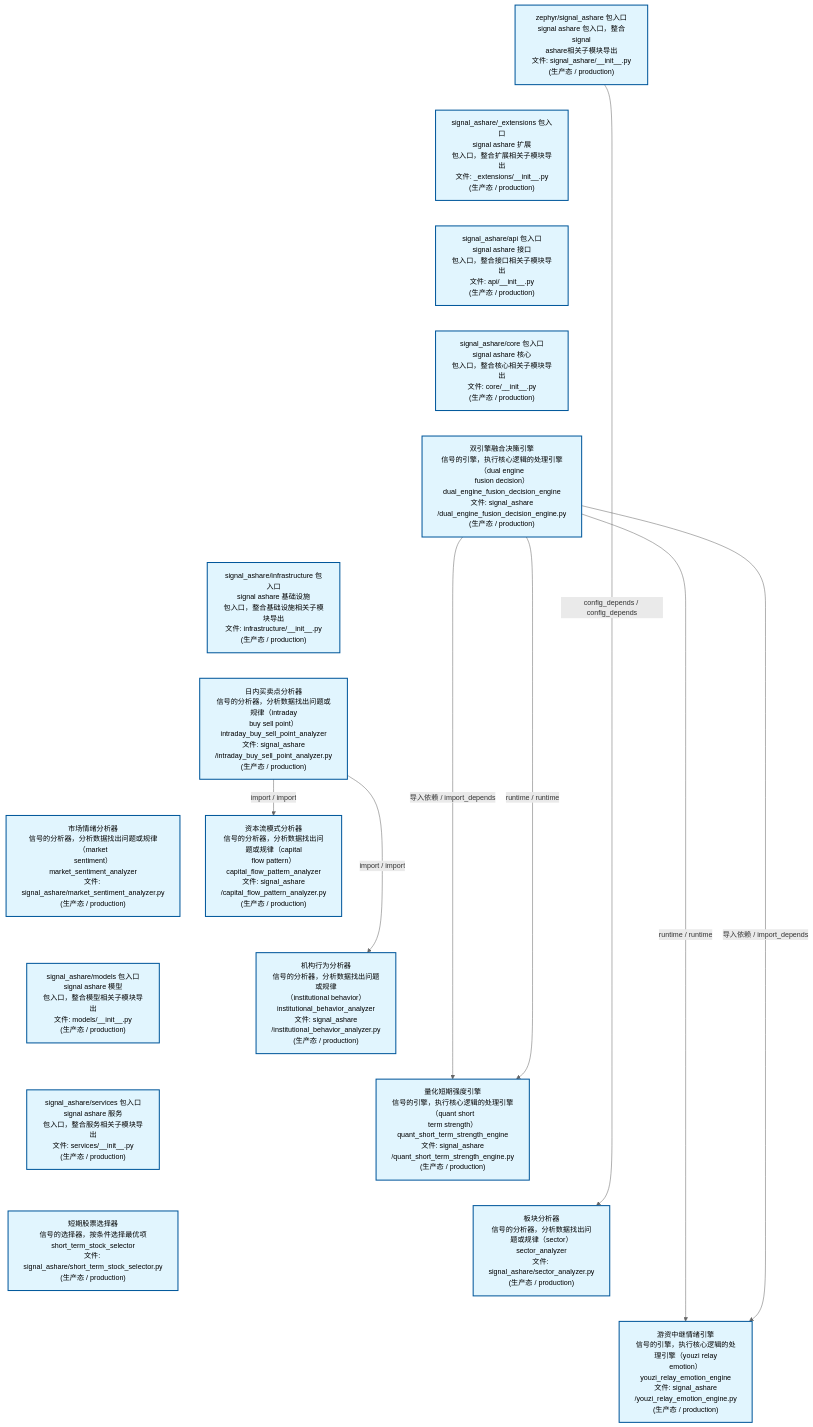
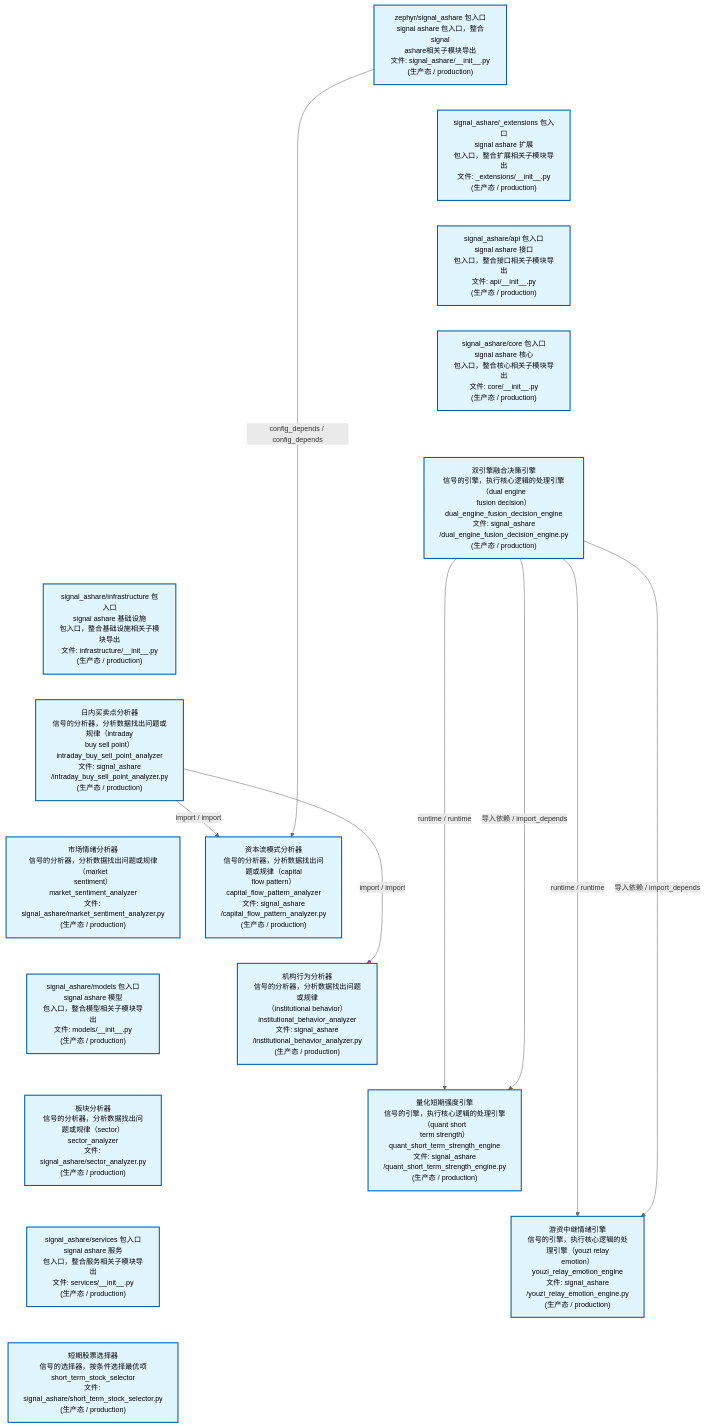
One commit to xuanFelixVan/ZephyrAlpha changed the second of 4 diagrams in docs/02_enterprise_architecture/02_domain_architecture_docs/32_d_ashare_signal.md. Above: the diagram before and after it, drawn with Mermaid. The commit also changed other lines of this file and 59 other files, not shown here.

````diff
--- a/docs/02_enterprise_architecture/02_domain_architecture_docs/32_d_ashare_signal.md
+++ b/docs/02_enterprise_architecture/02_domain_architecture_docs/32_d_ashare_signal.md
@@ -163,46 +163,46 @@
 ```mermaid
 %%{init: {'theme': 'base', 'themeVariables': {'primaryColor': '#eaeaea', 'primaryTextColor': '#333333', 'primaryBorderColor': '#666666', 'lineColor': '#666666', 'secondaryColor': '#eaeaea', 'tertiaryColor': '#eaeaea', 'fontSize': '14px'}}}%%
 flowchart TD
     src_zephyr_signal_ashare_init_py["zephyr/signal_ashare 包入口<br/>signal ashare 包入口，整合signal<br/>ashare相关子模块导出<br/>文件: signal_ashare/__init__.py<br/>(生产态 / production)"]
     src_zephyr_signal_ashare_extensions_init_py["signal_ashare/_extensions 包入口<br/>signal ashare 扩展<br/>包入口，整合扩展相关子模块导出<br/>文件: _extensions/__init__.py<br/>(生产态 / production)"]
     src_zephyr_signal_ashare_api_init_py["signal_ashare/api 包入口<br/>signal ashare 接口<br/>包入口，整合接口相关子模块导出<br/>文件: api/__init__.py<br/>(生产态 / production)"]
     src_zephyr_signal_ashare_core_init_py["signal_ashare/core 包入口<br/>signal ashare 核心<br/>包入口，整合核心相关子模块导出<br/>文件: core/__init__.py<br/>(生产态 / production)"]
     src_zephyr_signal_ashare_dual_engine_fusion_decision_engine_py["双引擎融合决策引擎<br/>信号的引擎，执行核心逻辑的处理引擎（dual engine<br/>fusion decision）<br/>dual_engine_fusion_decision_engine<br/>文件: signal_ashare<br/>/dual_engine_fusion_decision_engine.py<br/>(生产态 / production)"]
     src_zephyr_signal_ashare_infrastructure_init_py["signal_ashare/infrastructure 包入口<br/>signal ashare 基础设施<br/>包入口，整合基础设施相关子模块导出<br/>文件: infrastructure/__init__.py<br/>(生产态 / production)"]
     src_zephyr_signal_ashare_intraday_buy_sell_point_analyzer_py["日内买卖点分析器<br/>信号的分析器，分析数据找出问题或规律（intraday<br/>buy sell point）<br/>intraday_buy_sell_point_analyzer<br/>文件: signal_ashare<br/>/intraday_buy_sell_point_analyzer.py<br/>(生产态 / production)"]
     src_zephyr_signal_ashare_market_sentiment_analyzer_py["市场情绪分析器<br/>信号的分析器，分析数据找出问题或规律（market<br/>sentiment）<br/>market_sentiment_analyzer<br/>文件: signal_ashare/market_sentiment_analyzer.py<br/>(生产态 / production)"]
     src_zephyr_signal_ashare_models_init_py["signal_ashare/models 包入口<br/>signal ashare 模型<br/>包入口，整合模型相关子模块导出<br/>文件: models/__init__.py<br/>(生产态 / production)"]
+    src_zephyr_signal_ashare_sector_analyzer_py["板块分析器<br/>信号的分析器，分析数据找出问题或规律（sector）<br/>sector_analyzer<br/>文件: signal_ashare/sector_analyzer.py<br/>(生产态 / production)"]
     src_zephyr_signal_ashare_services_init_py["signal_ashare/services 包入口<br/>signal ashare 服务<br/>包入口，整合服务相关子模块导出<br/>文件: services/__init__.py<br/>(生产态 / production)"]
     src_zephyr_signal_ashare_short_term_stock_selector_py["短期股票选择器<br/>信号的选择器，按条件选择最优项<br/>short_term_stock_selector<br/>文件: signal_ashare/short_term_stock_selector.py<br/>(生产态 / production)"]
     src_zephyr_signal_ashare_init_py ~~~ src_zephyr_signal_ashare_extensions_init_py
     src_zephyr_signal_ashare_extensions_init_py ~~~ src_zephyr_signal_ashare_api_init_py
     src_zephyr_signal_ashare_api_init_py ~~~ src_zephyr_signal_ashare_core_init_py
     src_zephyr_signal_ashare_core_init_py ~~~ src_zephyr_signal_ashare_dual_engine_fusion_decision_engine_py
     src_zephyr_signal_ashare_dual_engine_fusion_decision_engine_py ~~~ src_zephyr_signal_ashare_infrastructure_init_py
     src_zephyr_signal_ashare_infrastructure_init_py ~~~ src_zephyr_signal_ashare_intraday_buy_sell_point_analyzer_py
     src_zephyr_signal_ashare_intraday_buy_sell_point_analyzer_py ~~~ src_zephyr_signal_ashare_market_sentiment_analyzer_py
     src_zephyr_signal_ashare_market_sentiment_analyzer_py ~~~ src_zephyr_signal_ashare_models_init_py
-    src_zephyr_signal_ashare_models_init_py ~~~ src_zephyr_signal_ashare_services_init_py
+    src_zephyr_signal_ashare_models_init_py ~~~ src_zephyr_signal_ashare_sector_analyzer_py
+    src_zephyr_signal_ashare_sector_analyzer_py ~~~ src_zephyr_signal_ashare_services_init_py
     src_zephyr_signal_ashare_services_init_py ~~~ src_zephyr_signal_ashare_short_term_stock_selector_py
     src_zephyr_signal_ashare_capital_flow_pattern_analyzer_py["资本流模式分析器<br/>信号的分析器，分析数据找出问题或规律（capital<br/>flow pattern）<br/>capital_flow_pattern_analyzer<br/>文件: signal_ashare<br/>/capital_flow_pattern_analyzer.py<br/>(生产态 / production)"]
     src_zephyr_signal_ashare_institutional_behavior_analyzer_py["机构行为分析器<br/>信号的分析器，分析数据找出问题或规律<br/>（institutional behavior）<br/>institutional_behavior_analyzer<br/>文件: signal_ashare<br/>/institutional_behavior_analyzer.py<br/>(生产态 / production)"]
     src_zephyr_signal_ashare_quant_short_term_strength_engine_py["量化短期强度引擎<br/>信号的引擎，执行核心逻辑的处理引擎（quant short<br/>term strength）<br/>quant_short_term_strength_engine<br/>文件: signal_ashare<br/>/quant_short_term_strength_engine.py<br/>(生产态 / production)"]
-    src_zephyr_signal_ashare_sector_analyzer_py["板块分析器<br/>信号的分析器，分析数据找出问题或规律（sector）<br/>sector_analyzer<br/>文件: signal_ashare/sector_analyzer.py<br/>(生产态 / production)"]
     src_zephyr_signal_ashare_youzi_relay_emotion_engine_py["游资中继情绪引擎<br/>信号的引擎，执行核心逻辑的处理引擎（youzi relay<br/>emotion）<br/>youzi_relay_emotion_engine<br/>文件: signal_ashare<br/>/youzi_relay_emotion_engine.py<br/>(生产态 / production)"]
     src_zephyr_signal_ashare_capital_flow_pattern_analyzer_py ~~~ src_zephyr_signal_ashare_institutional_behavior_analyzer_py
     src_zephyr_signal_ashare_institutional_behavior_analyzer_py ~~~ src_zephyr_signal_ashare_quant_short_term_strength_engine_py
-    src_zephyr_signal_ashare_quant_short_term_strength_engine_py ~~~ src_zephyr_signal_ashare_sector_analyzer_py
-    src_zephyr_signal_ashare_sector_analyzer_py ~~~ src_zephyr_signal_ashare_youzi_relay_emotion_engine_py
-    src_zephyr_signal_ashare_intraday_buy_sell_point_analyzer_py -->|import / import| src_zephyr_signal_ashare_institutional_behavior_analyzer_py
-    src_zephyr_signal_ashare_intraday_buy_sell_point_analyzer_py -->|import / import| src_zephyr_signal_ashare_capital_flow_pattern_analyzer_py
+    src_zephyr_signal_ashare_quant_short_term_strength_engine_py ~~~ src_zephyr_signal_ashare_youzi_relay_emotion_engine_py
+    src_zephyr_signal_ashare_dual_engine_fusion_decision_engine_py -->|runtime / runtime| src_zephyr_signal_ashare_quant_short_term_strength_engine_py
     src_zephyr_signal_ashare_dual_engine_fusion_decision_engine_py -->|导入依赖 / import_depends| src_zephyr_signal_ashare_quant_short_term_strength_engine_py
-    src_zephyr_signal_ashare_dual_engine_fusion_decision_engine_py -->|runtime / runtime| src_zephyr_signal_ashare_quant_short_term_strength_engine_py
     src_zephyr_signal_ashare_dual_engine_fusion_decision_engine_py -->|runtime / runtime| src_zephyr_signal_ashare_youzi_relay_emotion_engine_py
     src_zephyr_signal_ashare_dual_engine_fusion_decision_engine_py -->|导入依赖 / import_depends| src_zephyr_signal_ashare_youzi_relay_emotion_engine_py
-    src_zephyr_signal_ashare_init_py -->|config_depends / config_depends| src_zephyr_signal_ashare_sector_analyzer_py
+    src_zephyr_signal_ashare_intraday_buy_sell_point_analyzer_py -->|import / import| src_zephyr_signal_ashare_capital_flow_pattern_analyzer_py
+    src_zephyr_signal_ashare_intraday_buy_sell_point_analyzer_py -->|import / import| src_zephyr_signal_ashare_institutional_behavior_analyzer_py
+    src_zephyr_signal_ashare_init_py -->|config_depends / config_depends| src_zephyr_signal_ashare_capital_flow_pattern_analyzer_py
     classDef production fill:#e1f5fe,stroke:#01579b,stroke-width:2px,color:#000
     classDef design fill:#fff3e0,stroke:#e65100,stroke-width:2px,color:#000,stroke-dasharray: 5 5
     classDef external_prod fill:#e8f4fd,stroke:#0277bd,stroke-width:1px,color:#000
     classDef external_design fill:#fff8e7,stroke:#ef6c00,stroke-width:1px,color:#000,stroke-dasharray: 5 5
     class src_zephyr_signal_ashare_init_py,src_zephyr_signal_ashare_extensions_init_py,src_zephyr_signal_ashare_api_init_py,src_zephyr_signal_ashare_capital_flow_pattern_analyzer_py,src_zephyr_signal_ashare_core_init_py,src_zephyr_signal_ashare_dual_engine_fusion_decision_engine_py,src_zephyr_signal_ashare_infrastructure_init_py,src_zephyr_signal_ashare_institutional_behavior_analyzer_py,src_zephyr_signal_ashare_intraday_buy_sell_point_analyzer_py,src_zephyr_signal_ashare_market_sentiment_analyzer_py,src_zephyr_signal_ashare_models_init_py,src_zephyr_signal_ashare_quant_short_term_strength_engine_py,src_zephyr_signal_ashare_sector_analyzer_py,src_zephyr_signal_ashare_services_init_py,src_zephyr_signal_ashare_short_term_stock_selector_py,src_zephyr_signal_ashare_youzi_relay_emotion_engine_py production
 ```
````
